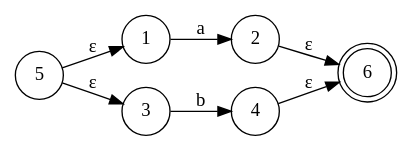
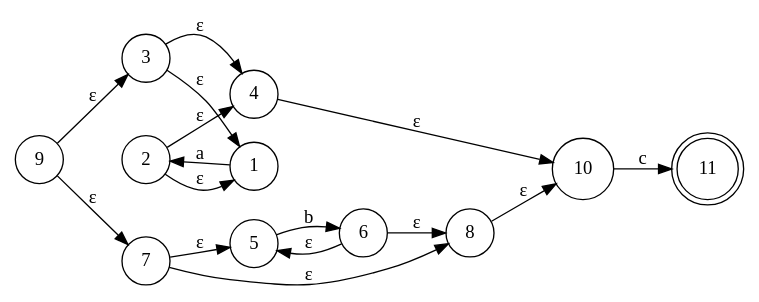
One commit to gusta257/Compis1 changed the diagram in fsm.gv. Above: the diagram before and after it, drawn with Graphviz. The commit also changed 8 other files, not shown here.

```diff
--- a/fsm.gv
+++ b/fsm.gv
@@ -1,17 +1,31 @@
 digraph finite_state_machine {
 	rankdir=LR size="8,5"
 	node [shape=doublecircle]
-	6
+	11
 	node [shape=circle]
 	1 -> 2 [label=a]
 	node [shape=circle]
-	2 -> 6 [label="ε"]
+	2 -> 4 [label="ε"]
+	2 -> 1 [label="ε"]
 	node [shape=circle]
-	3 -> 4 [label=b]
+	3 -> 1 [label="ε"]
+	3 -> 4 [label="ε"]
 	node [shape=circle]
-	4 -> 6 [label="ε"]
+	4 -> 10 [label="ε"]
 	node [shape=circle]
-	5 -> 1 [label="ε"]
-	5 -> 3 [label="ε"]
+	5 -> 6 [label=b]
+	node [shape=circle]
+	6 -> 8 [label="ε"]
+	6 -> 5 [label="ε"]
+	node [shape=circle]
+	7 -> 5 [label="ε"]
+	7 -> 8 [label="ε"]
+	node [shape=circle]
+	8 -> 10 [label="ε"]
+	node [shape=circle]
+	9 -> 3 [label="ε"]
+	9 -> 7 [label="ε"]
+	node [shape=circle]
+	10 -> 11 [label=c]
 	node [shape=circle]
 }
```
